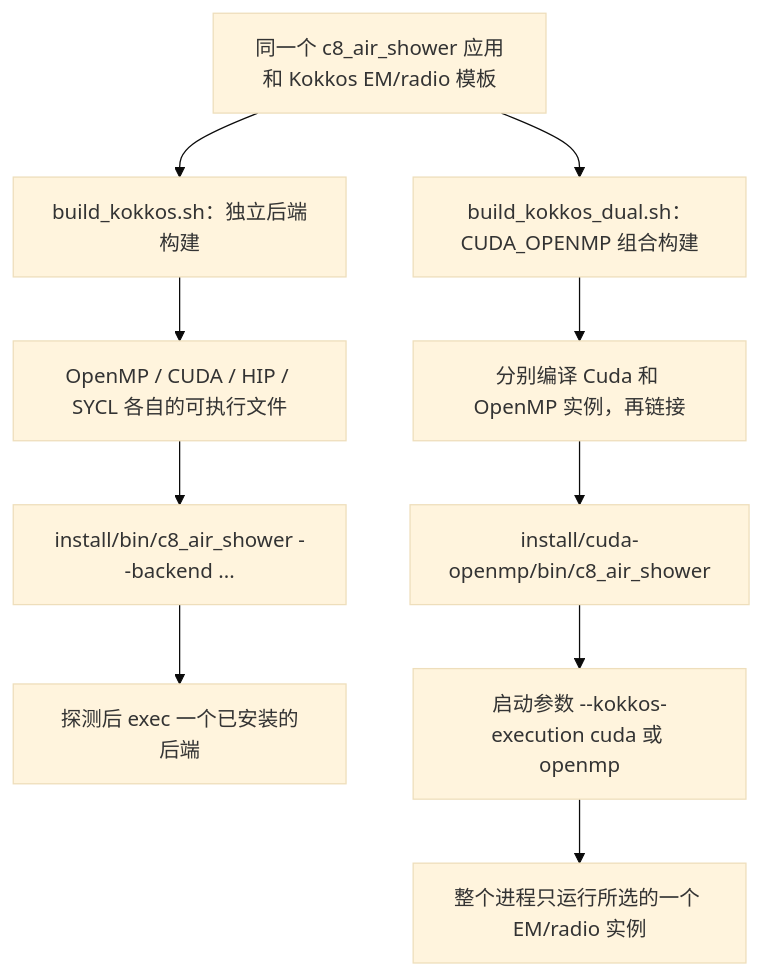
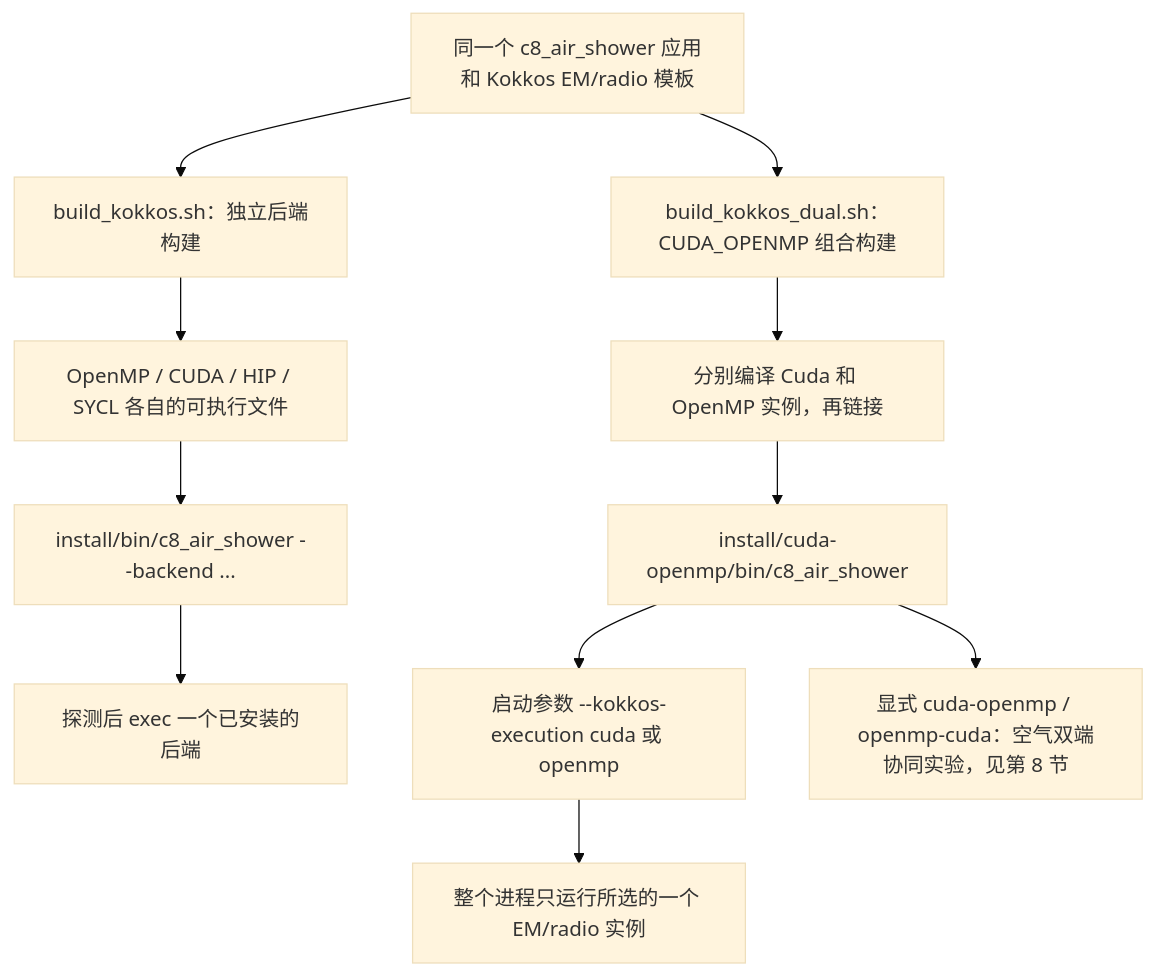
Before and after one commit to BossL668/CORSIKA8-kokkos: the first of 2 diagrams in README_CN.md, drawn with Mermaid (base theme). The commit also changed other lines of this file and 647 other files, not shown here.

````diff
--- a/README_CN.md
+++ b/README_CN.md
@@ -26,13 +26,14 @@
 ```mermaid
 flowchart TD
     SRC["同一个 c8_air_shower 应用和 Kokkos EM/radio 模板"]
     SRC --> SEP["build_kokkos.sh：独立后端构建"]
     SEP --> BINS["OpenMP / CUDA / HIP / SYCL 各自的可执行文件"]
     BINS --> LAUNCH["install/bin/c8_air_shower --backend ..."]
     LAUNCH --> EXEC["探测后 exec 一个已安装的后端"]
     SRC --> DUAL["build_kokkos_dual.sh：CUDA_OPENMP 组合构建"]
     DUAL --> INST["分别编译 Cuda 和 OpenMP 实例，再链接"]
     INST --> ELF["install/cuda-openmp/bin/c8_air_shower"]
     ELF --> SELECT["启动参数 --kokkos-execution cuda 或 openmp"]
     SELECT --> ONE["整个进程只运行所选的一个 EM/radio 实例"]
+    ELF --> COOP["显式 cuda-openmp / openmp-cuda：空气双端协同实验，见第 8 节"]
 ```
````
